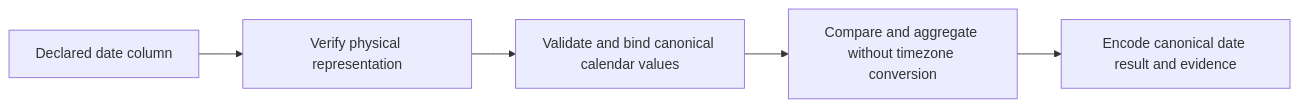
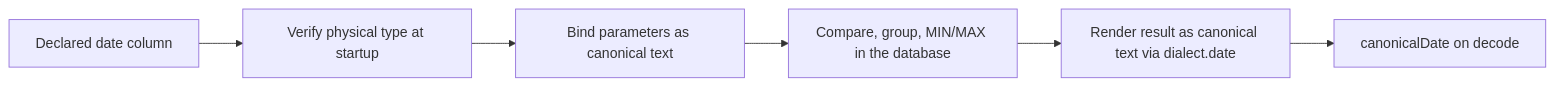
Before and after one commit to relatehq/relate: the diagram in specs/2026-10-28-analytical-dates.md, drawn with Mermaid. The commit also changed other lines of this file and 2 other files, not shown here.

Commit message:
docs(specs): settle analytical date contracts and drop ISO-text fallback

````diff
--- a/specs/2026-10-28-analytical-dates.md
+++ b/specs/2026-10-28-analytical-dates.md
@@ -59,7 +155,8 @@
 ```mermaid
 flowchart LR
-  A[Declared date column] --> B[Verify physical representation]
-  B --> C[Validate and bind canonical calendar values]
-  C --> D[Compare and aggregate without timezone conversion]
-  D --> E[Encode canonical date result and evidence]
+  A[Declared date column] --> B[Verify physical type at startup]
+  B --> C[Bind parameters as canonical text]
+  C --> D[Compare, group, MIN/MAX in the database]
+  D --> E[Render result as canonical text via dialect.date]
+  E --> F[canonicalDate on decode]
 ```
````
